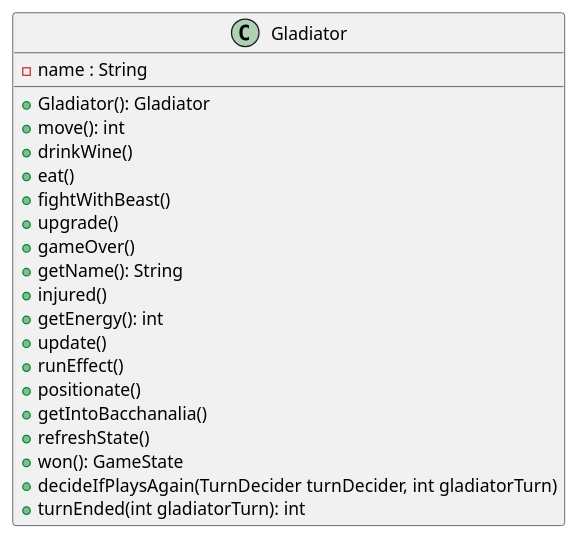
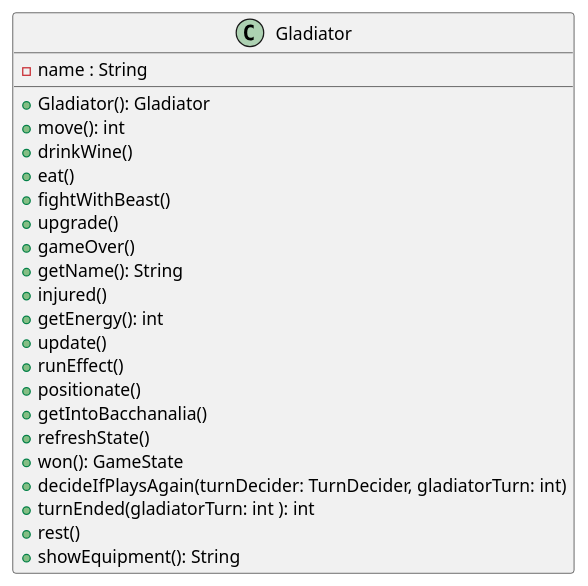
Before and after one commit to PabloGCH/tp2-algo3: the diagram in diagrams/classes/Gladiator/Gladiator.plantuml, drawn with PlantUML. The commit also changed 66 other files, not shown here.

```diff
--- a/diagrams/classes/Gladiator/Gladiator.plantuml
+++ b/diagrams/classes/Gladiator/Gladiator.plantuml
@@ -1,24 +1,25 @@
 @startuml
 class Gladiator {
     -name : String
     +Gladiator(): Gladiator
     +move(): int
     +drinkWine()
     +eat()
     +fightWithBeast()
     +upgrade()
     +gameOver()
     +getName(): String
     +injured()
     +getEnergy(): int
     +update()
     +runEffect()
     +positionate()
     +getIntoBacchanalia()
     +refreshState()
     +won(): GameState
-    +decideIfPlaysAgain(TurnDecider turnDecider, int gladiatorTurn)
-    +turnEnded(int gladiatorTurn): int
-
+    +decideIfPlaysAgain(turnDecider: TurnDecider, gladiatorTurn: int)
+    +turnEnded(gladiatorTurn: int ): int
+    +rest()
+    +showEquipment(): String
 }
 @enduml
```
